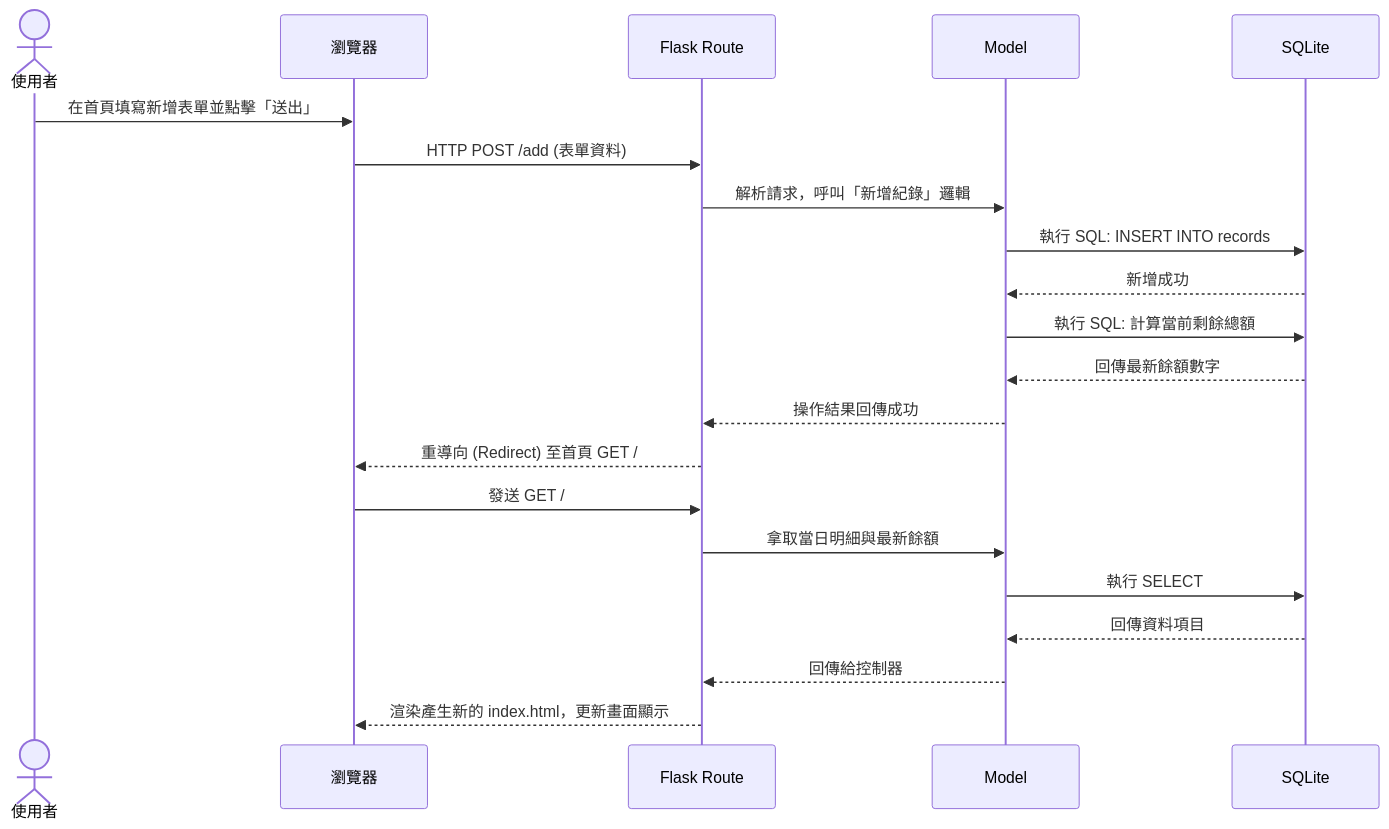
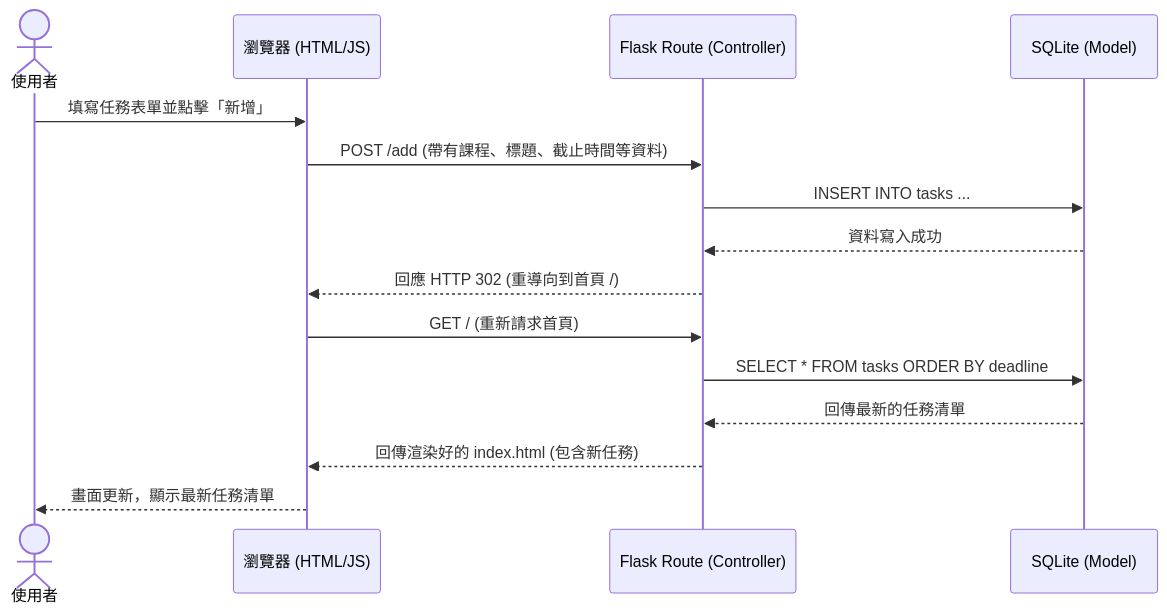
One commit to d1445166/web_app_development changed the second of 2 diagrams in docs/FLOWCHART.md. Above: the diagram before and after it, drawn with Mermaid. The commit also changed other lines of this file, not shown here.

Commit message:
docs: add user flowchart

````diff
--- a/docs/FLOWCHART.md
+++ b/docs/FLOWCHART.md
@@ -43,24 +31,19 @@
 ```mermaid
 sequenceDiagram
     actor User as 使用者
-    participant Browser as 瀏覽器
-    participant Flask as Flask Route
-    participant Model as Model
-    participant DB as SQLite
+    participant Browser as 瀏覽器 (HTML/JS)
+    participant Flask as Flask Route (Controller)
+    participant DB as SQLite (Model)
     
-    User->>Browser: 在首頁填寫新增表單並點擊「送出」
-    Browser->>Flask: HTTP POST /add (表單資料)
-    Flask->>Model: 解析請求，呼叫「新增紀錄」邏輯
-    Model->>DB: 執行 SQL: INSERT INTO records
-    DB-->>Model: 新增成功
-    Model->>DB: 執行 SQL: 計算當前剩餘總額
-    DB-->>Model: 回傳最新餘額數字
-    Model-->>Flask: 操作結果回傳成功
-    Flask-->>Browser: 重導向 (Redirect) 至首頁 GET /
-    Browser->>Flask: 發送 GET /
-    Flask->>Model: 拿取當日明細與最新餘額
-    Model->>DB: 執行 SELECT
-    DB-->>Model: 回傳資料項目
-    Model-->>Flask: 回傳給控制器
-    Flask-->>Browser: 渲染產生新的 index.html，更新畫面顯示
+    User->>Browser: 填寫任務表單並點擊「新增」
+    Browser->>Flask: POST /add (帶有課程、標題、截止時間等資料)
+    Flask->>DB: INSERT INTO tasks ...
+    DB-->>Flask: 資料寫入成功
+    Flask-->>Browser: 回應 HTTP 302 (重導向到首頁 /)
+    
+    Browser->>Flask: GET / (重新請求首頁)
+    Flask->>DB: SELECT * FROM tasks ORDER BY deadline
+    DB-->>Flask: 回傳最新的任務清單
+    Flask-->>Browser: 回傳渲染好的 index.html (包含新任務)
+    Browser-->>User: 畫面更新，顯示最新任務清單
 ```
````
